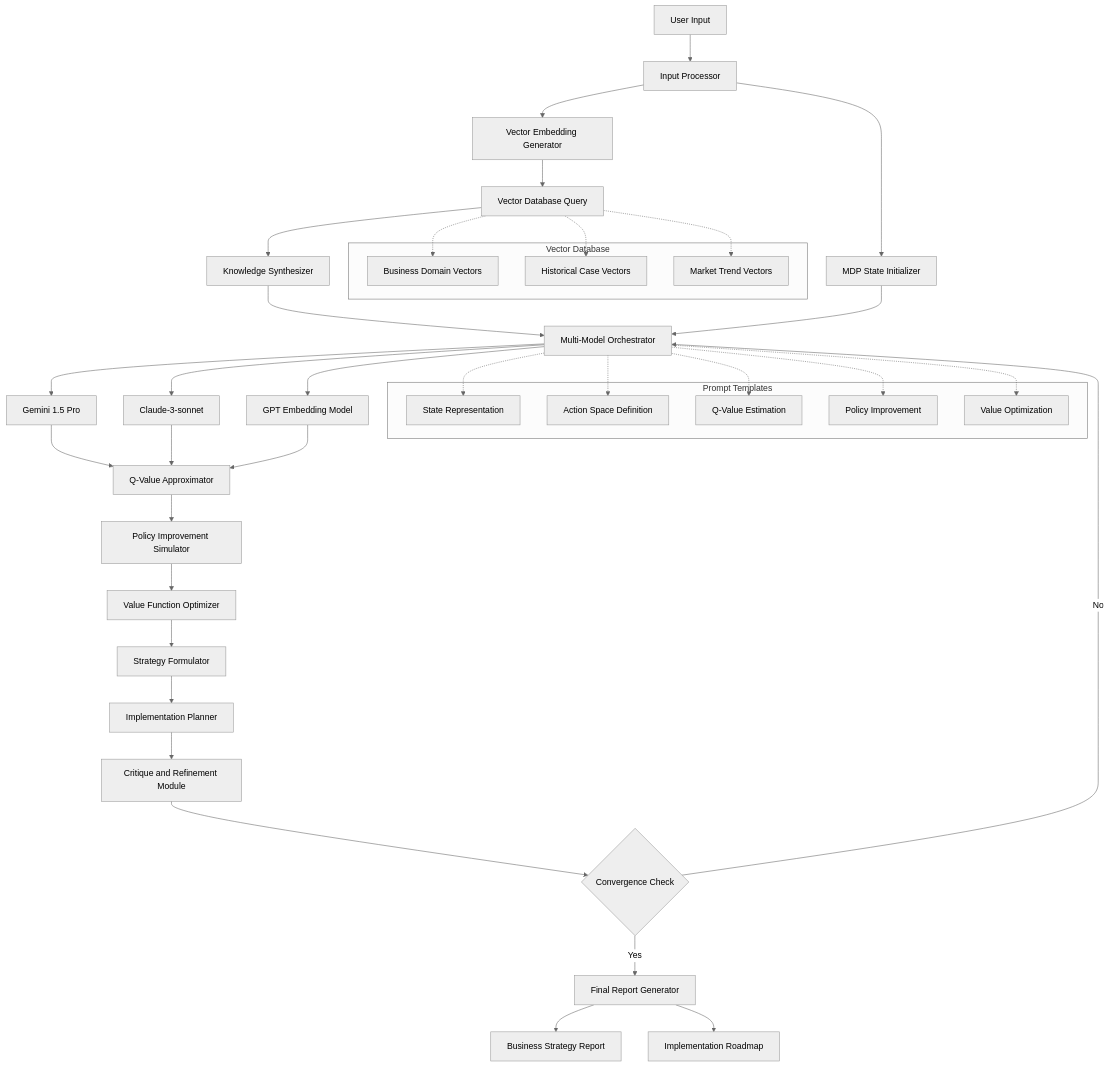
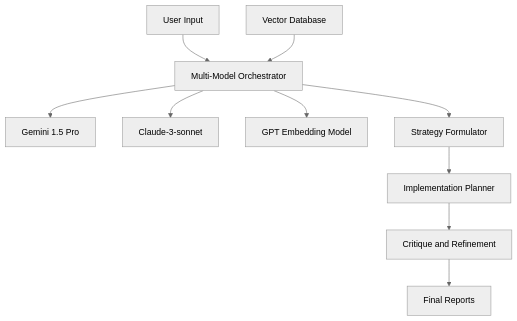
Before and after one commit to PixelPoser/CEO-Pro: the diagram in README.md, drawn with Mermaid (neutral theme). The commit also changed other lines of this file, not shown here.

````diff
--- a/README.md
+++ b/README.md
@@ -126,43 +79,12 @@
 ```mermaid
 graph TD
-    A[User Input] --> B[Input Processor]
-    B --> C[Vector Embedding Generator]
-    C --> D[Vector Database Query]
-    D --> E[Knowledge Synthesizer]
-    B --> F[MDP State Initializer]
-    F --> G[Multi-Model Orchestrator]
-    E --> G
-    G --> H[Gemini 1.5 Pro]
-    G --> I[Claude-3-sonnet]
-    G --> J[GPT Embedding Model]
-    H & I & J --> K[Q-Value Approximator]
-    K --> L[Policy Improvement Simulator]
-    L --> M[Value Function Optimizer]
-    M --> N[Strategy Formulator]
-    N --> O[Implementation Planner]
-    O --> P[Critique and Refinement Module]
-    P --> Q{Convergence Check}
-    Q -->|No| G
-    Q -->|Yes| R[Final Report Generator]
-    R --> S[Business Strategy Report]
-    R --> T[Implementation Roadmap]
-
-    subgraph "Vector Database"
-        V1[Business Domain Vectors]
-        V2[Historical Case Vectors]
-        V3[Market Trend Vectors]
-    end
-
-    D -.-> V1 & V2 & V3
-
-    subgraph "Prompt Templates"
-        PT1[State Representation]
-        PT2[Action Space Definition]
-        PT3[Q-Value Estimation]
-        PT4[Policy Improvement]
-        PT5[Value Optimization]
-    end
-
-    G -.-> PT1 & PT2 & PT3 & PT4 & PT5
-
+    A[User Input] --> B[Multi-Model Orchestrator]
+    B --> C[Gemini 1.5 Pro]
+    B --> D[Claude-3-sonnet]
+    B --> E[GPT Embedding Model]
+    F[Vector Database] --> B
+    B --> G[Strategy Formulator]
+    G --> H[Implementation Planner]
+    H --> I[Critique and Refinement]
+    I --> J[Final Reports]
 ```
````
